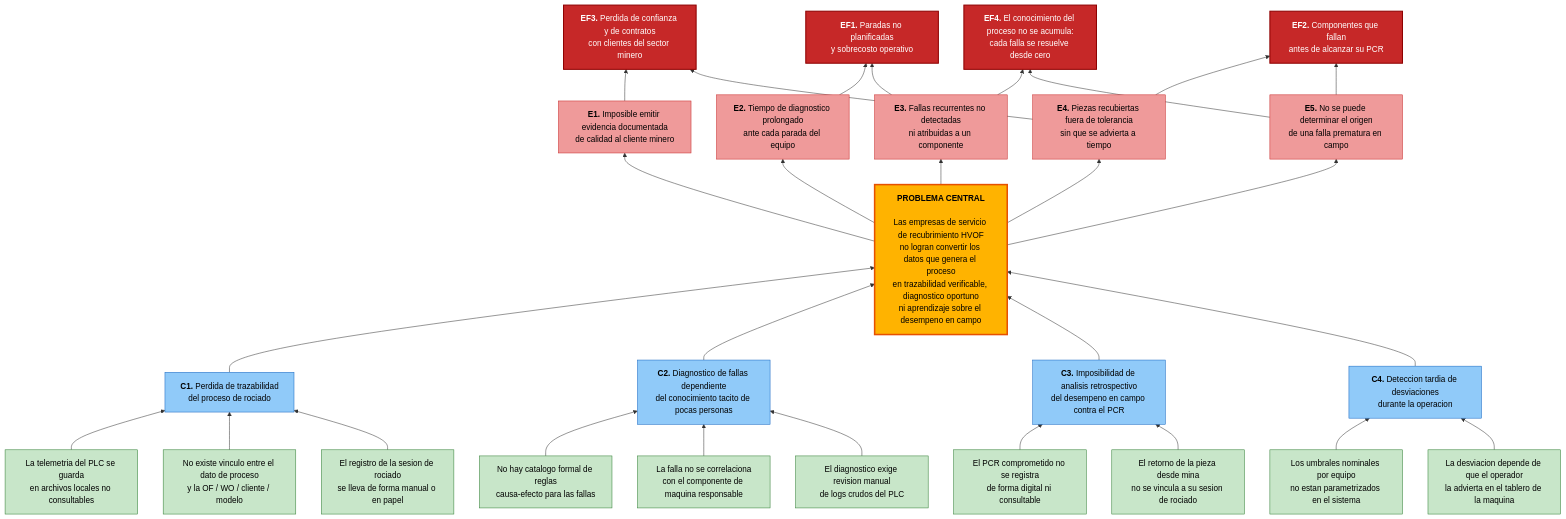
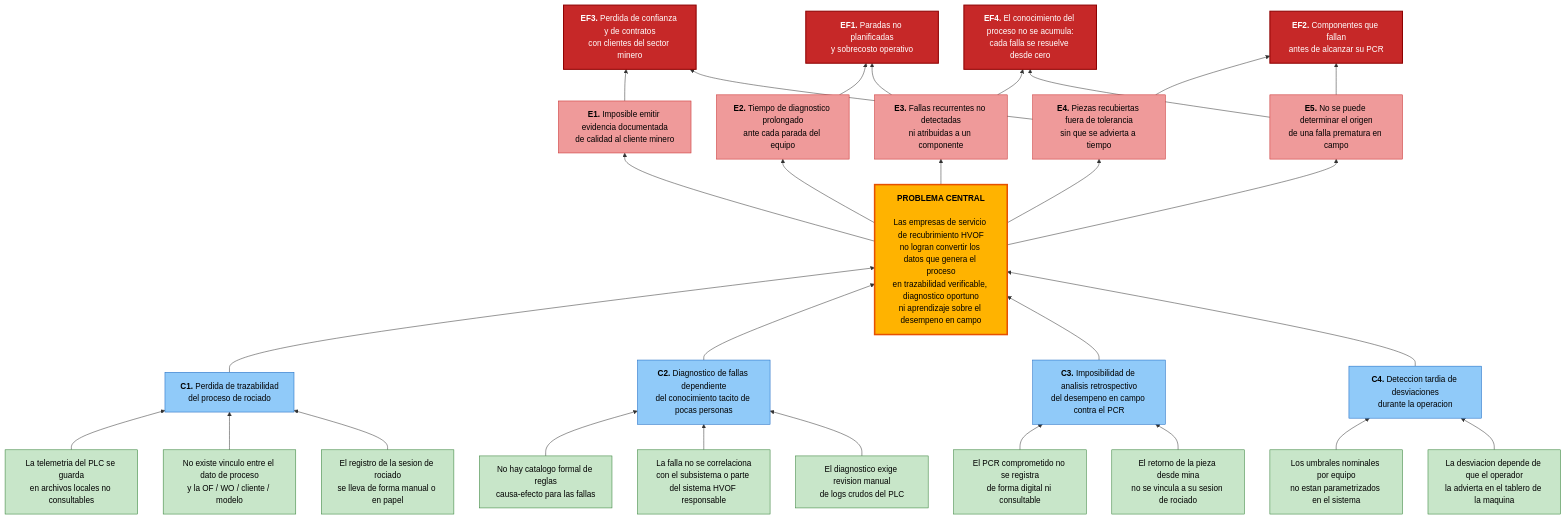
One commit to upc-pre-202620-1asi0729-7753-innovacorp/reliant-report changed the first of 7 diagrams in README.md. Above: the diagram before and after it, drawn with Mermaid. The commit also changed other lines of this file, not shown here.

```diff
--- a/README.md
+++ b/README.md
@@ -208,7 +210,7 @@
 CR3["El registro de la sesion de rociado<br/>se lleva de forma manual o en papel"]
 
 CR4["No hay catalogo formal de reglas<br/>causa-efecto para las fallas"]
-CR5["La falla no se correlaciona<br/>con el componente de maquina responsable"]
+CR5["La falla no se correlaciona<br/>con el subsistema o parte del sistema HVOF responsable"]
 CR6["El diagnostico exige revision manual<br/>de logs crudos del PLC"]
 
 CR7["El PCR comprometido no se registra<br/>de forma digital ni consultable"]
```
